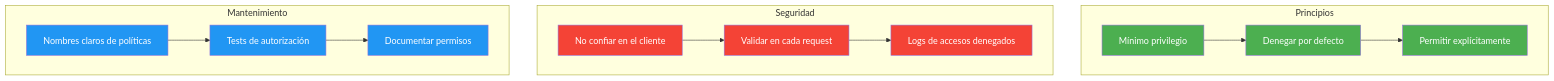
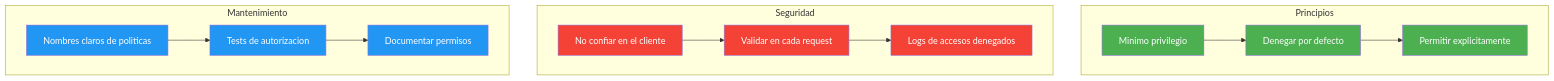
The ninth of 9 diagrams in 17-autorizacion.md (joseluisgs/DesarrolloWebEntornosServidor-02-2026-2027), drawn with Mermaid before and after one commit. The commit also changed other lines of this file and 1 other file, not shown here.

First line of the commit message:
[fix] UD02: Temas 16 y 17 reescritos con Mermaid corregido y texto explicativo

````diff
--- a/17-autorizacion.md
+++ b/17-autorizacion.md
@@ -1037,34 +1098,34 @@
 ```mermaid
 flowchart TB
     subgraph "Principios"
-        P1["Mínimo privilegio"]
+        P1["Minimo privilegio"]
         P2["Denegar por defecto"]
-        P3["Permitir explícitamente"]
+        P3["Permitir explicitamente"]
     end
 
     subgraph "Seguridad"
         S1["No confiar en el cliente"]
         S2["Validar en cada request"]
         S3["Logs de accesos denegados"]
     end
 
     subgraph "Mantenimiento"
-        M1["Nombres claros de políticas"]
-        M2["Tests de autorización"]
+        M1["Nombres claros de politicas"]
+        M2["Tests de autorizacion"]
         M3["Documentar permisos"]
     end
 
     P1 --> P2 --> P3
     S1 --> S2 --> S3
     M1 --> M2 --> M3
 
     style P1 fill:#4CAF50,color:#fff
     style P2 fill:#4CAF50,color:#fff
     style P3 fill:#4CAF50,color:#fff
     style S1 fill:#f44336,color:#fff
     style S2 fill:#f44336,color:#fff
     style S3 fill:#f44336,color:#fff
     style M1 fill:#2196F3,color:#fff
     style M2 fill:#2196F3,color:#fff
     style M3 fill:#2196F3,color:#fff
 ```
````
